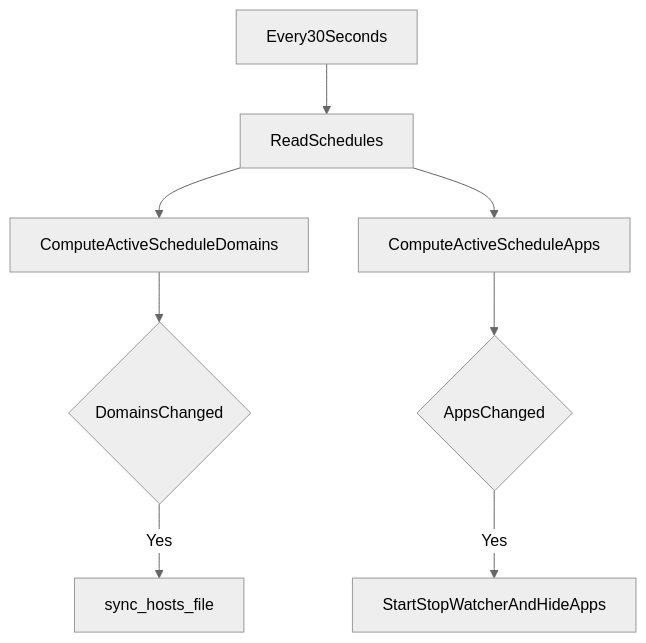
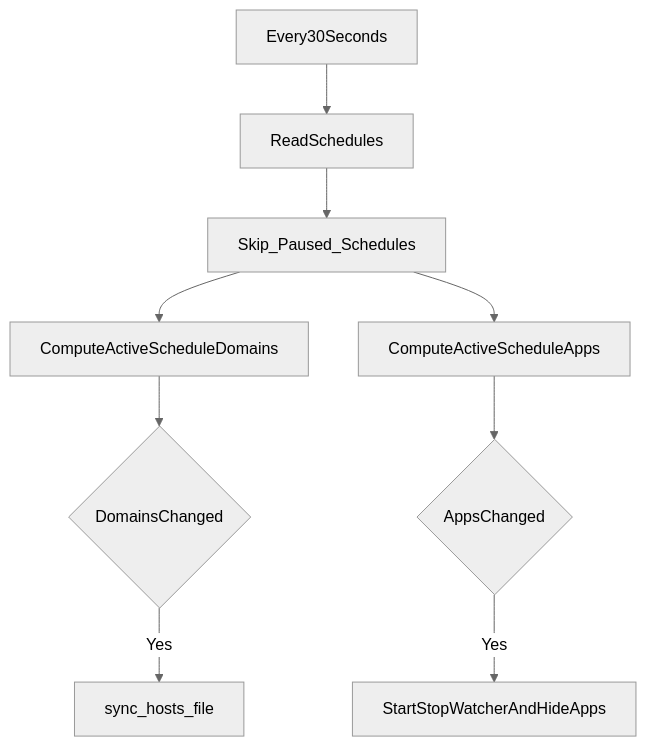
The sixth of 13 diagrams in architecture.md (kasnder/redd-block), drawn with Mermaid (neutral theme) before and after one commit. The commit also changed other lines of this file, not shown here.

````diff
--- a/architecture.md
+++ b/architecture.md
@@ -363,10 +432,11 @@
 ```mermaid
 flowchart TD
     tick30s[Every30Seconds] --> readSched[ReadSchedules]
-    readSched --> activeDomains[ComputeActiveScheduleDomains]
-    readSched --> activeApps[ComputeActiveScheduleApps]
+    readSched --> pauseFilter[Skip_Paused_Schedules]
+    pauseFilter --> activeDomains[ComputeActiveScheduleDomains]
+    pauseFilter --> activeApps[ComputeActiveScheduleApps]
     activeDomains --> domainChanged{DomainsChanged}
     activeApps --> appsChanged{AppsChanged}
     domainChanged -->|Yes| syncHosts[sync_hosts_file]
     appsChanged -->|Yes| updateWatcher[StartStopWatcherAndHideApps]
 ```
````
